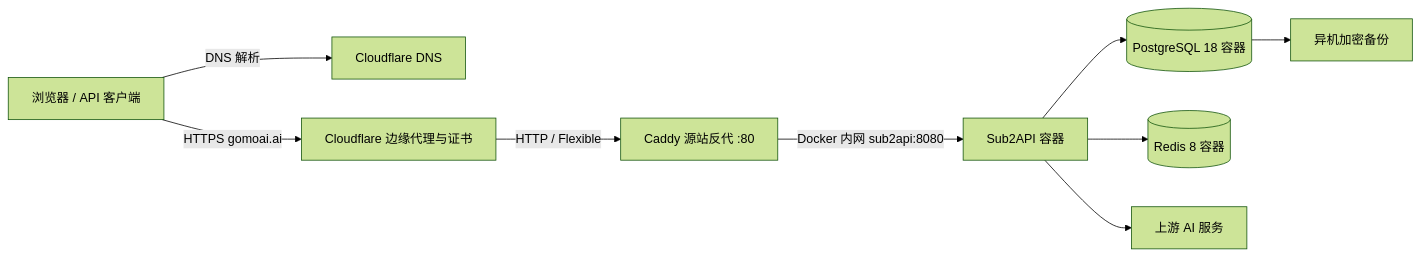
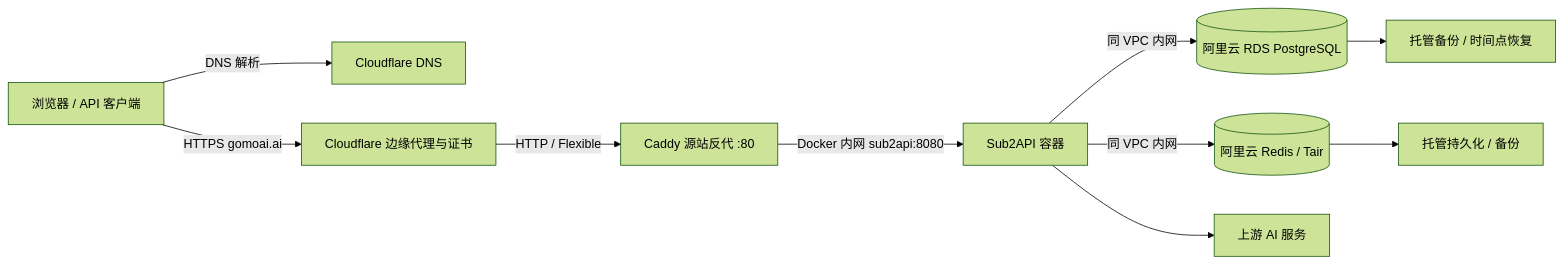
The diagram in ops/deployment/PLAN.md (moxaitoken/sub2api), drawn with Mermaid (forest theme) before and after one commit. The commit also changed other lines of this file, not shown here.

````diff
--- a/ops/deployment/PLAN.md
+++ b/ops/deployment/PLAN.md
@@ -33,11 +37,12 @@
 ```mermaid
 flowchart LR
     CLIENT[浏览器 / API 客户端] -->|DNS 解析| DNS[Cloudflare DNS]
     CLIENT -->|HTTPS gomoai.ai| CF[Cloudflare 边缘代理与证书]
     CF -->|HTTP / Flexible| CADDY[Caddy 源站反代 :80]
     CADDY -->|Docker 内网 sub2api:8080| APP[Sub2API 容器]
-    APP --> PG[(PostgreSQL 18 容器)]
-    APP --> REDIS[(Redis 8 容器)]
+    APP -->|同 VPC 内网| PG[(阿里云 RDS PostgreSQL)]
+    APP -->|同 VPC 内网| REDIS[(阿里云 Redis / Tair)]
     APP --> UPSTREAM[上游 AI 服务]
-    PG --> BACKUP[异机加密备份]
+    PG --> BACKUP[托管备份 / 时间点恢复]
+    REDIS --> RBACKUP[托管持久化 / 备份]
 ```
````
